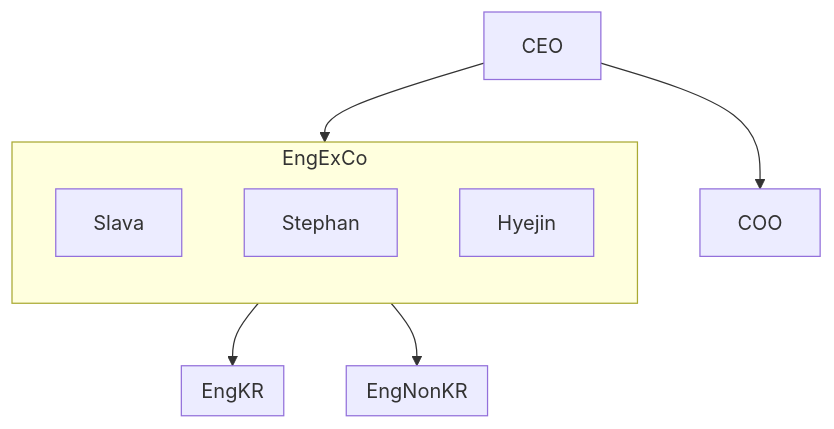
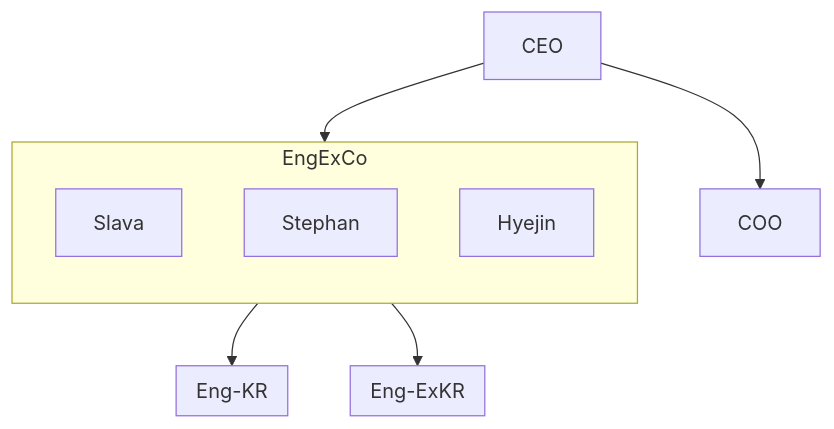
The diagram in exco_struct.md (longjmpr/fmeng), drawn with Mermaid before and after one commit.

Commit message:
Update exco_struct.md
formatting

````diff
--- a/exco_struct.md
+++ b/exco_struct.md
@@ -1,28 +1,28 @@
 ```mermaid
 graph TD;
     CEO["CEO"]
     COO
 
     CEO --> COO
 
     subgraph EngExCo
         direction TB
         VP_Eng["Slava"]
         CTO["Stephan"]
         Dir_Eng["Hyejin"]
     end
 
     CEO --> EngExCo
-    EngExCo --> EngKR
-    EngExCo --> EngNonKR
+    EngExCo --> Eng-KR
+    EngExCo --> Eng-ExKR
     
-    subgraph EngKR
+    subgraph Eng-KR
     end
-    subgraph EngNonKR
+    subgraph Eng-ExKR
     end
 
     %%DD[Director of Design]
     %%ADD["Assc Dir Design"]
     %%DD --> ADD
 
 ```
````
